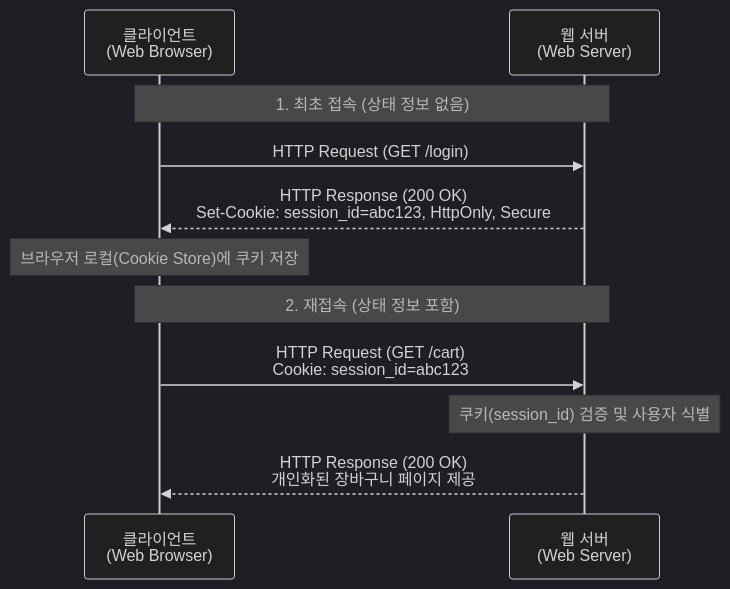
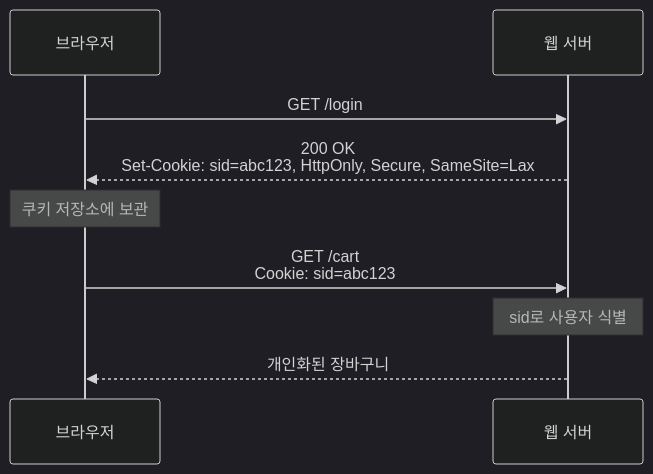
The diagram in content/01_IT Tech/쿠키.md (supremethumb/supremethumb.github.io), drawn with Mermaid (dark theme) before and after one commit. The commit also changed other lines of this file and 1087 other files, not shown here.

````diff
--- a/content/01_IT Tech/쿠키.md
+++ b/content/01_IT Tech/쿠키.md
@@ -27,18 +36,11 @@
 ```mermaid
 sequenceDiagram
-    participant C as 클라이언트<br/>(Web Browser)
-    participant S as 웹 서버<br/>(Web Server)
-
-    Note over C, S: 1. 최초 접속 (상태 정보 없음)
-    C->>S: HTTP Request (GET /login)
-    S-->>C: HTTP Response (200 OK)<br/>Set-Cookie: session_id=abc123, HttpOnly, Secure
-
-    Note over C: 브라우저 로컬(Cookie Store)에 쿠키 저장
-    
-    Note over C, S: 2. 재접속 (상태 정보 포함)
-    C->>S: HTTP Request (GET /cart)<br/>Cookie: session_id=abc123
-    Note over S: 쿠키(session_id) 검증 및 사용자 식별
-    S-->>C: HTTP Response (200 OK)<br/>개인화된 장바구니 페이지 제공
-
-
+    participant C as 브라우저
+    participant S as 웹 서버
+    C->>S: GET /login
+    S-->>C: 200 OK<br/>Set-Cookie: sid=abc123, HttpOnly, Secure, SameSite=Lax
+    Note over C: 쿠키 저장소에 보관
+    C->>S: GET /cart<br/>Cookie: sid=abc123
+    Note over S: sid로 사용자 식별
+    S-->>C: 개인화된 장바구니
 ```
````
